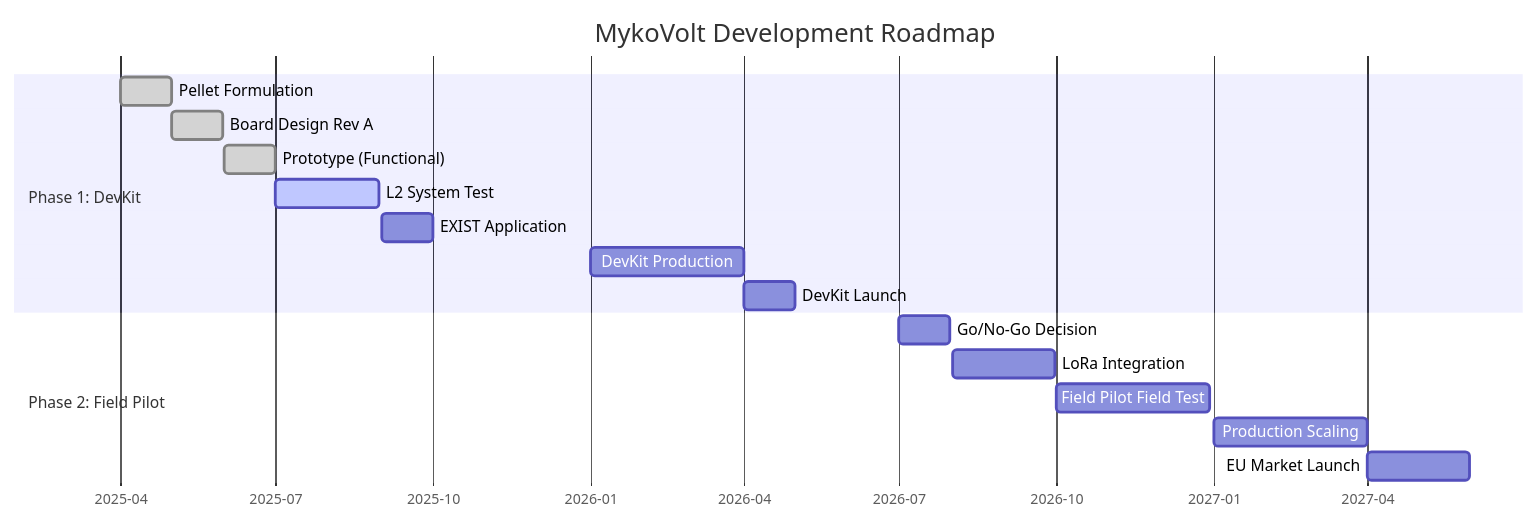
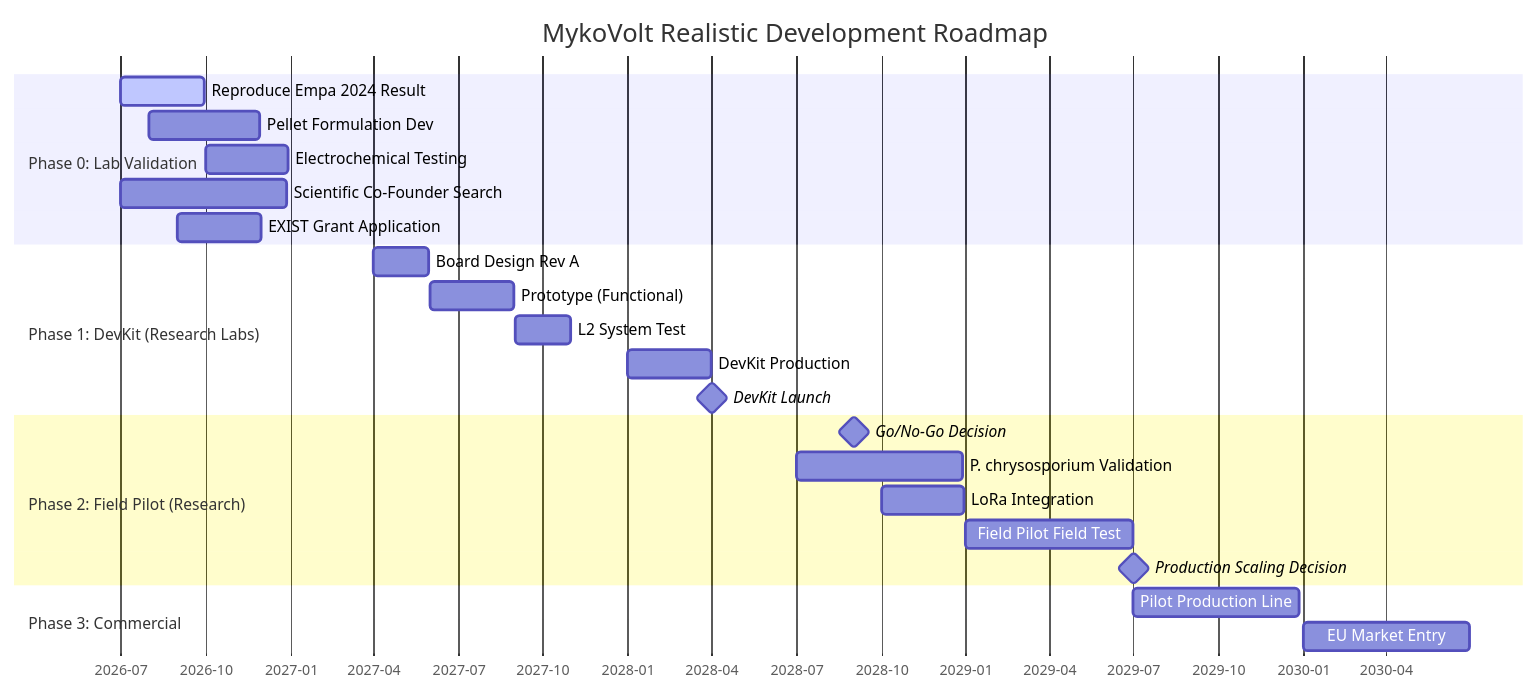
The sixth of 8 diagrams in README.md (tobias-weiss-ai-xr/mykovolt), drawn with Mermaid before and after one commit. The commit also changed other lines of this file and 2 other files, not shown here.

Commit message:
Update core docs with realistic 5-7 year timeline and TRL-2 honest positioning
README: 5-7 year Gantt chart, TRL 2 development progress, feasibility warning. MykoVolt-mvp-design: Phase 0 lab validation, risk register (12 risks), BOM-price gap, team gap analysis. simulation/README: reconciled €0.05→€0.15 simulation-estimate discrepancy with footnote.

Ultraworked with Sisyphus (https://github.com/code-yeongyu/oh-my-openagent)

````diff
--- a/README.md
+++ b/README.md
@@ -233,22 +233,31 @@
 ```mermaid
 gantt
-    title MykoVolt Development Roadmap
+    title MykoVolt Realistic Development Roadmap
     dateFormat YYYY-MM-DD
     axisFormat %Y-%m
 
-    section Phase 1: DevKit
-        Pellet Formulation           :done, p1a, 2025-04-01, 30d
-        Board Design Rev A          :done, p1b, 2025-05-01, 30d
-        Prototype (Functional)      :done, p1c, 2025-06-01, 30d
-        L2 System Test              :active, p1d, 2025-07-01, 60d
-        EXIST Application           :p1e, 2025-09-01, 30d
-        DevKit Production           :p1f, 2026-01-01, 90d
-        DevKit Launch               :p1g, 2026-04-01, 30d
+    section Phase 0: Lab Validation
+        Reproduce Empa 2024 Result  :active, p0a, 2026-07-01, 90d
+        Pellet Formulation Dev      :p0b, 2026-08-01, 120d
+        Electrochemical Testing     :p0c, 2026-10-01, 90d
+        Scientific Co-Founder Search:p0d, 2026-07-01, 180d
+        EXIST Grant Application     :p0e, 2026-09-01, 90d
 
-    section Phase 2: Field Pilot
-        Go/No-Go Decision           :p2a, 2026-07-01, 30d
-        LoRa Integration            :p2b, 2026-08-01, 60d
-        Field Pilot Field Test      :p2c, 2026-10-01, 90d
-        Production Scaling          :p2d, 2027-01-01, 90d
-        EU Market Launch            :p2e, 2027-04-01, 60d
+    section Phase 1: DevKit (Research Labs)
+        Board Design Rev A          :p1a, 2027-04-01, 60d
+        Prototype (Functional)      :p1b, 2027-06-01, 90d
+        L2 System Test              :p1c, 2027-09-01, 60d
+        DevKit Production           :p1d, 2028-01-01, 90d
+        DevKit Launch               :milestone, p1e, 2028-04-01, 1d
+
+    section Phase 2: Field Pilot (Research)
+        Go/No-Go Decision           :milestone, p2a, 2028-09-01, 1d
+        P. chrysosporium Validation :p2b, 2028-07-01, 180d
+        LoRa Integration            :p2c, 2028-10-01, 90d
+        Field Pilot Field Test      :p2d, 2029-01-01, 180d
+        Production Scaling Decision :milestone, p2e, 2029-07-01, 1d
+
+    section Phase 3: Commercial
+        Pilot Production Line       :p3a, 2029-07-01, 180d
+        EU Market Entry             :p3b, 2030-01-01, 180d
 ```
````
